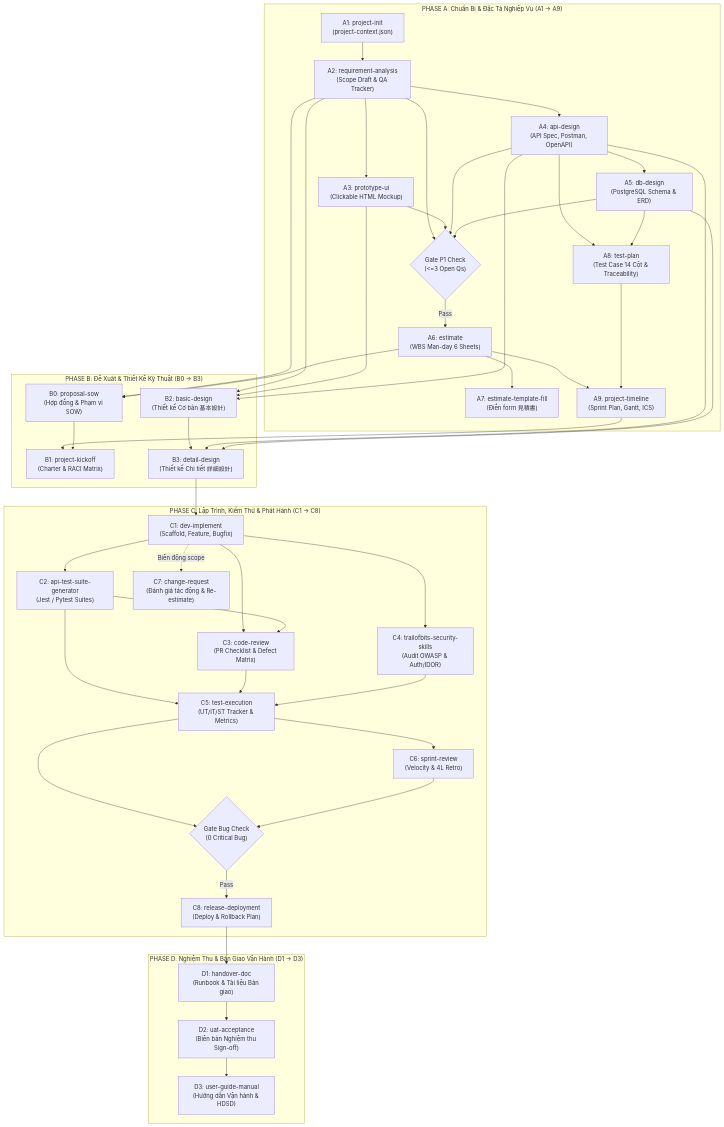
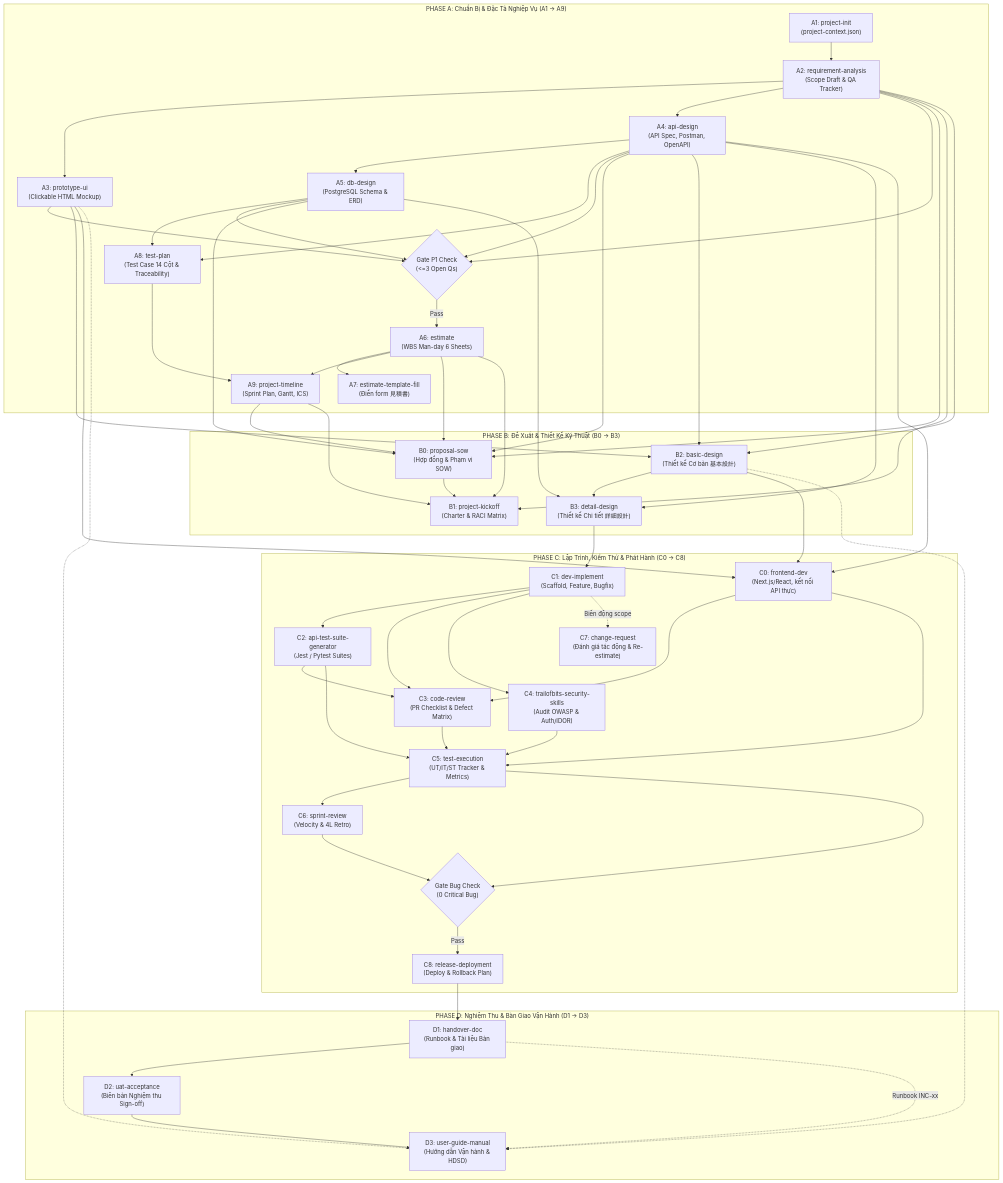
One commit to bakaryuu1997-sys/Claude-skills changed the first of 2 diagrams in README.md. Above: the diagram before and after it, drawn with Mermaid. The commit also changed other lines of this file and 25 other files, not shown here.

First line of the commit message:
feat(core): v3.17.0 foundation — gate/context/schema, pipeline conventions, D13 rule, CI, self-update

````diff
--- a/README.md
+++ b/README.md
@@ -34,39 +34,42 @@
 ```mermaid
 flowchart TD
     subgraph Phase_A["PHASE A: Chuẩn Bị & Đặc Tả Nghiệp Vụ (A1 → A9)"]
         A1["A1: project-init<br/>(project-context.json)"] --> A2["A2: requirement-analysis<br/>(Scope Draft & QA Tracker)"]
         A2 --> A3["A3: prototype-ui<br/>(Clickable HTML Mockup)"]
         A2 --> A4["A4: api-design<br/>(API Spec, Postman, OpenAPI)"]
         A4 --> A5["A5: db-design<br/>(PostgreSQL Schema & ERD)"]
         A4 & A5 --> A8["A8: test-plan<br/>(Test Case 14 Cột & Traceability)"]
         A2 & A3 & A4 & A5 --> GateA{"Gate P1 Check<br/>(<=3 Open Qs)"}
         GateA -- Pass --> A6["A6: estimate<br/>(WBS Man-day 6 Sheets)"]
         A6 --> A7["A7: estimate-template-fill<br/>(Điền form 見積書)"]
         A6 & A8 --> A9["A9: project-timeline<br/>(Sprint Plan, Gantt, ICS)"]
     end
 
     subgraph Phase_B["PHASE B: Đề Xuất & Thiết Kế Kỹ Thuật (B0 → B3)"]
-        A2 & A6 --> B0["B0: proposal-sow<br/>(Hợp đồng & Phạm vi SOW)"]
-        A9 & B0 --> B1["B1: project-kickoff<br/>(Charter & RACI Matrix)"]
+        A2 & A4 & A5 & A6 & A9 --> B0["B0: proposal-sow<br/>(Hợp đồng & Phạm vi SOW)"]
+        A2 & A6 & A9 & B0 --> B1["B1: project-kickoff<br/>(Charter & RACI Matrix)"]
         A2 & A3 & A4 --> B2["B2: basic-design<br/>(Thiết kế Cơ bản 基本設計)"]
         B2 & A4 & A5 --> B3["B3: detail-design<br/>(Thiết kế Chi tiết 詳細設計)"]
     end
 
-    subgraph Phase_C["PHASE C: Lập Trình, Kiểm Thử & Phát Hành (C1 → C8)"]
+    subgraph Phase_C["PHASE C: Lập Trình, Kiểm Thử & Phát Hành (C0 → C8)"]
+        B2 & A3 & A4 --> C0["C0: frontend-dev<br/>(Next.js/React, kết nối API thực)"]
         B3 --> C1["C1: dev-implement<br/>(Scaffold, Feature, Bugfix)"]
         C1 --> C2["C2: api-test-suite-generator<br/>(Jest / Pytest Suites)"]
-        C1 & C2 --> C3["C3: code-review<br/>(PR Checklist & Defect Matrix)"]
+        C0 & C1 & C2 --> C3["C3: code-review<br/>(PR Checklist & Defect Matrix)"]
         C1 --> C4["C4: trailofbits-security-skills<br/>(Audit OWASP & Auth/IDOR)"]
         C1 -. Biến động scope .-> C7["C7: change-request<br/>(Đánh giá tác động & Re-estimate)"]
-        C2 & C3 & C4 --> C5["C5: test-execution<br/>(UT/IT/ST Tracker & Metrics)"]
+        C0 & C2 & C3 & C4 --> C5["C5: test-execution<br/>(UT/IT/ST Tracker & Metrics)"]
         C5 --> C6["C6: sprint-review<br/>(Velocity & 4L Retro)"]
         C5 & C6 --> GateC{"Gate Bug Check<br/>(0 Critical Bug)"}
         GateC -- Pass --> C8["C8: release-deployment<br/>(Deploy & Rollback Plan)"]
     end
 
     subgraph Phase_D["PHASE D: Nghiệm Thu & Bàn Giao Vận Hành (D1 → D3)"]
         C8 --> D1["D1: handover-doc<br/>(Runbook & Tài liệu Bàn giao)"]
         D1 --> D2["D2: uat-acceptance<br/>(Biên bản Nghiệm thu Sign-off)"]
         D2 --> D3["D3: user-guide-manual<br/>(Hướng dẫn Vận hành & HDSD)"]
+        D1 -. Runbook INC-xx .-> D3
+        B2 & A3 -.-> D3
     end
 ```
````
